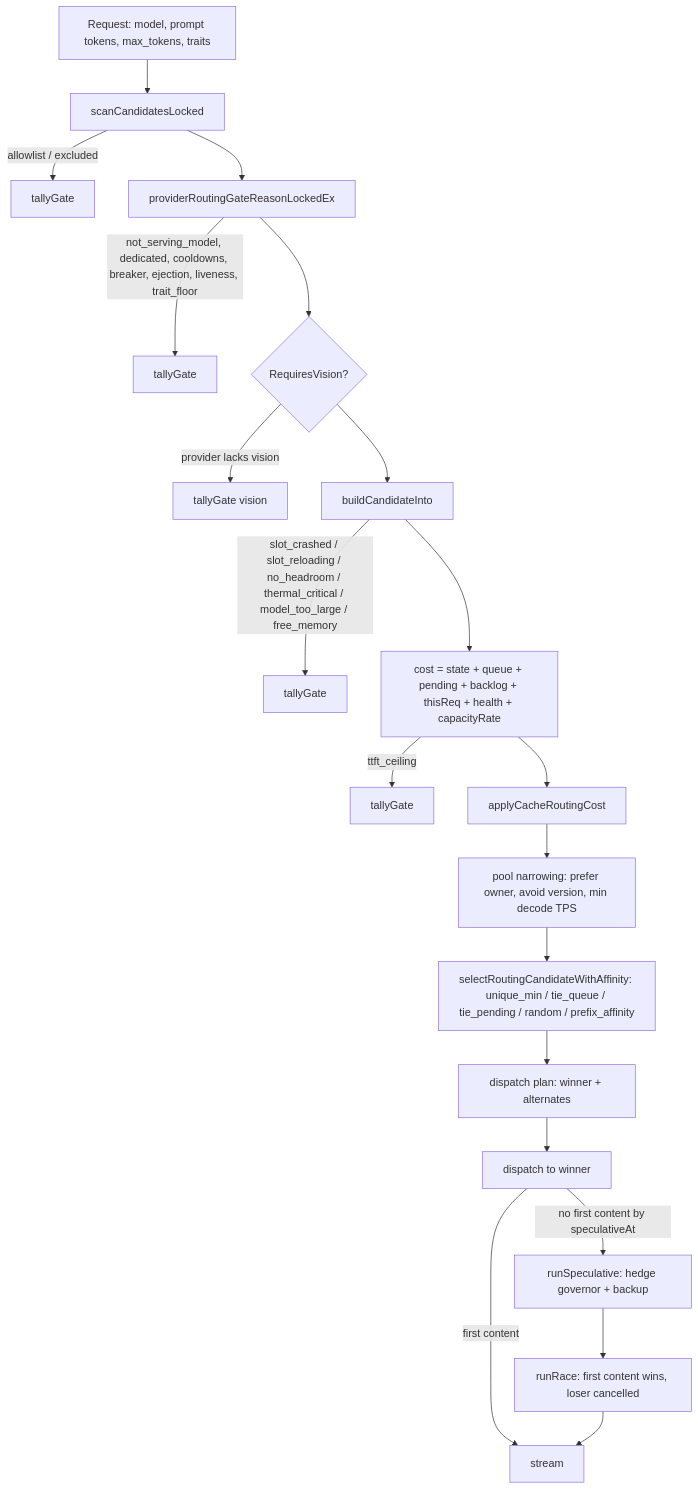
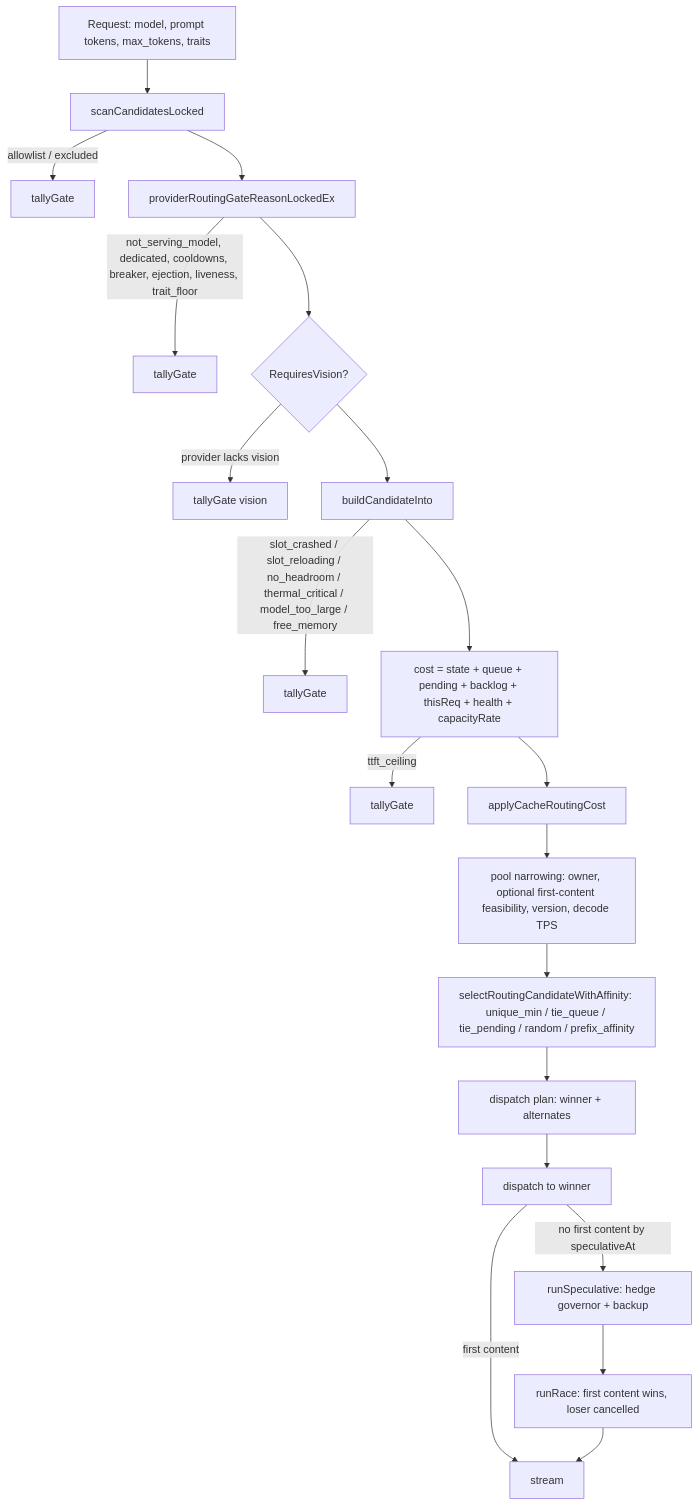
Before and after one commit to Layr-Labs/d-inference: the diagram in docs/architecture/routing.md, drawn with Mermaid. The commit also changed other lines of this file and 26 other files, not shown here.

Commit message:
Prefer providers with feasible first-content estimates

````diff
--- a/docs/architecture/routing.md
+++ b/docs/architecture/routing.md
@@ -72,22 +139,22 @@
 ```mermaid
 flowchart TD
     R[Request: model, prompt tokens, max_tokens, traits] --> S[scanCandidatesLocked]
     S -->|allowlist / excluded| X1[tallyGate]
     S --> G[providerRoutingGateReasonLockedEx]
     G -->|not_serving_model, dedicated, cooldowns, breaker, ejection, liveness, trait_floor| X2[tallyGate]
     G --> V{RequiresVision?}
     V -->|provider lacks vision| X3[tallyGate vision]
     V --> B[buildCandidateInto]
     B -->|slot_crashed / slot_reloading / no_headroom / thermal_critical / model_too_large / free_memory| X4[tallyGate]
     B --> C[cost = state + queue + pending + backlog + thisReq + health + capacityRate]
     C -->|ttft_ceiling| X5[tallyGate]
     C --> D[applyCacheRoutingCost]
-    D --> P[pool narrowing: prefer owner, avoid version, min decode TPS]
+    D --> P[pool narrowing: owner, optional first-content feasibility, version, decode TPS]
     P --> SEL[selectRoutingCandidateWithAffinity: unique_min / tie_queue / tie_pending / random / prefix_affinity]
     SEL --> PLAN[dispatch plan: winner + alternates]
     PLAN --> DISP[dispatch to winner]
     DISP -->|no first content by speculativeAt| H[runSpeculative: hedge governor + backup]
     H --> RACE[runRace: first content wins, loser cancelled]
     DISP -->|first content| OK[stream]
     RACE --> OK
 ```
````
